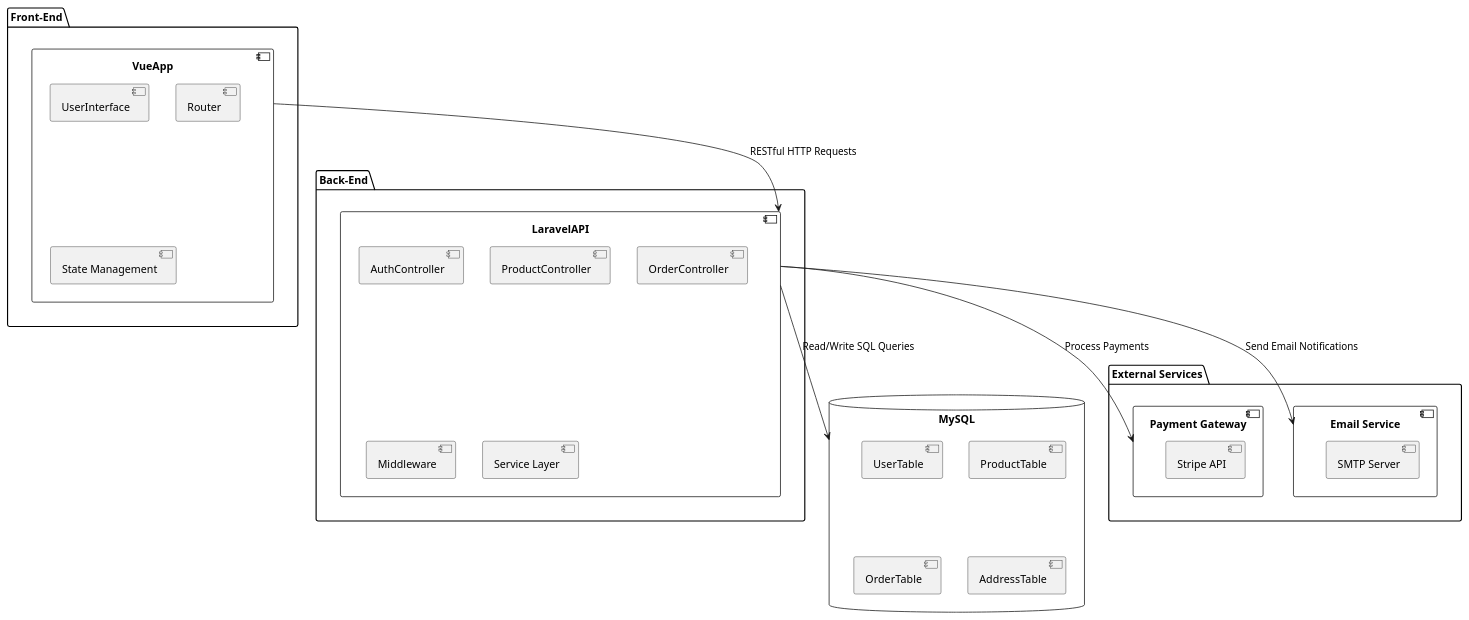
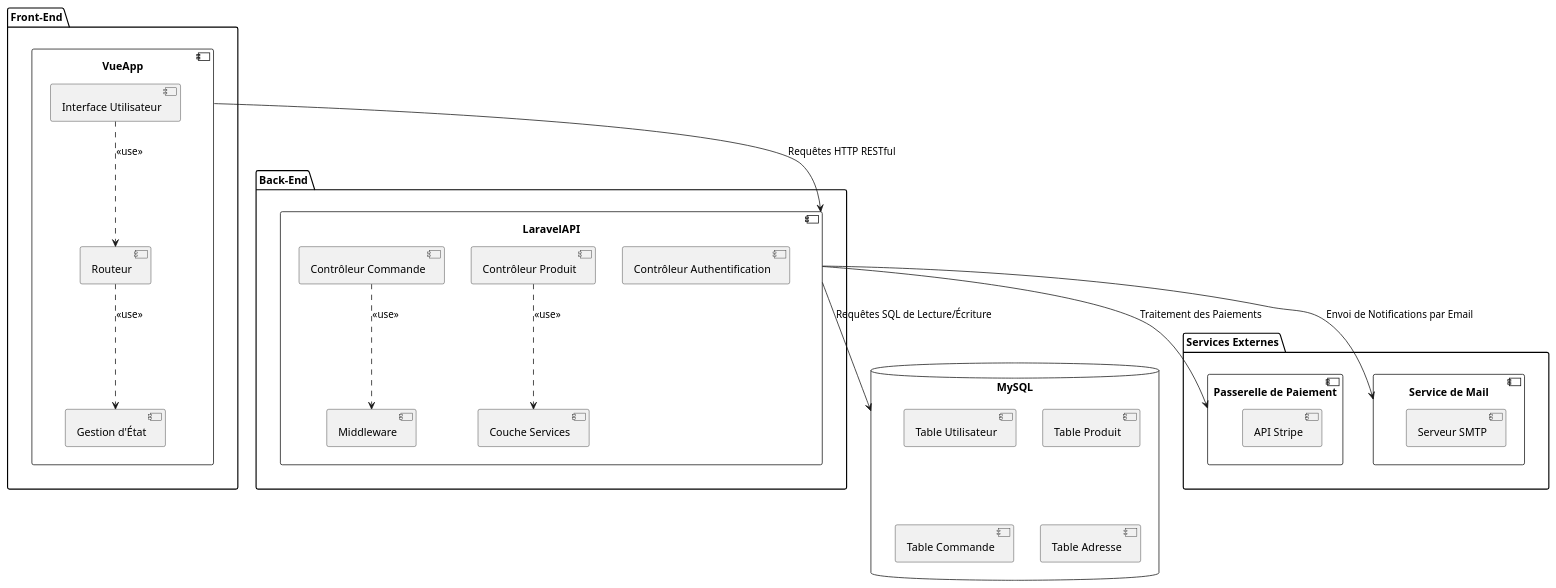
The diagram in DiagramPackage.puml (GEVIC21/Soutenance_documents), drawn with PlantUML before and after one commit. The commit also changed 11 other files, not shown here.

Commit message:
Diagramme de classe

```diff
--- a/DiagramPackage.puml
+++ b/DiagramPackage.puml
@@ -1,43 +1,50 @@
 @startuml
 
 package "Front-End" {
-    component VueApp {
-        [UserInterface]
-        [Router]
-        [State Management]
-    }
+  component VueApp {
+    [Interface Utilisateur]
+    [Routeur]
+    [Gestion d'État]
+  }
 }
 
 package "Back-End" {
-    component LaravelAPI {
-        [AuthController]
-        [ProductController]
-        [OrderController]
-        [Middleware]
-        [Service Layer]
-    }
+  component LaravelAPI {
+    [Contrôleur Authentification]
+    [Contrôleur Produit]
+    [Contrôleur Commande]
+    [Middleware]
+    [Couche Services]
+  }
 }
 
 database MySQL {
-    [UserTable]
-    [ProductTable]
-    [OrderTable]
-    [AddressTable]
+  [Table Utilisateur]
+  [Table Produit]
+  [Table Commande]
+  [Table Adresse]
 }
 
-package "External Services" {
-    component "Payment Gateway" {
-        [Stripe API]
-    }
-    component "Email Service" {
-        [SMTP Server]
-    }
+package "Services Externes" {
+  component "Passerelle de Paiement" {
+    [API Stripe]
+  }
+  component "Service de Mail" {
+    [Serveur SMTP]
+  }
 }
 
 ' Connexions et interactions
-VueApp --> LaravelAPI : "RESTful HTTP Requests"
-LaravelAPI --> MySQL : "Read/Write SQL Queries"
-LaravelAPI --> "Payment Gateway" : "Process Payments"
-LaravelAPI --> "Email Service" : "Send Email Notifications"
+VueApp --> LaravelAPI : "Requêtes HTTP RESTful"
+LaravelAPI --> MySQL : "Requêtes SQL de Lecture/Écriture"
+LaravelAPI --> "Passerelle de Paiement" : "Traitement des Paiements"
+LaravelAPI --> "Service de Mail" : "Envoi de Notifications par Email"
+
+' Exemples de import et use
+[Interface Utilisateur] ..> [Routeur] : <<use>>
+[Routeur] ..> [Gestion d'État] : <<use>>
+
+[Contrôleur Produit] ..> [Couche Services] : <<use>>
+[Contrôleur Commande] ..> [Middleware] : <<use>>
 
 @enduml
```
